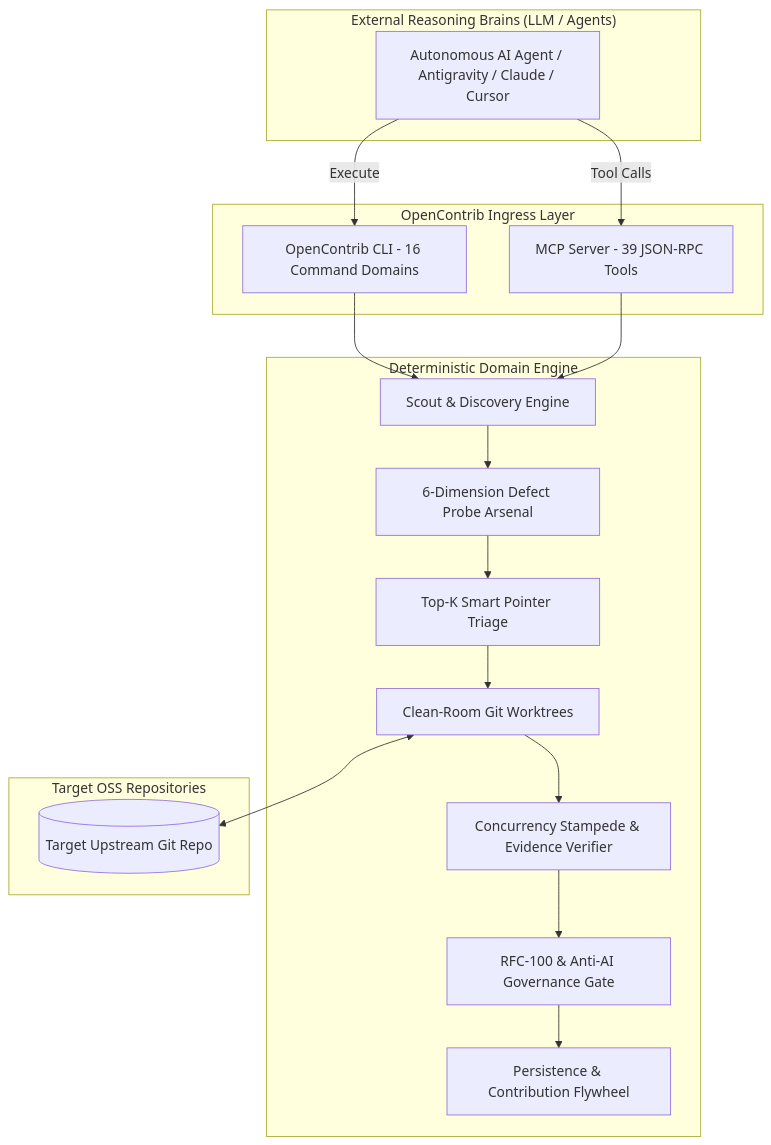
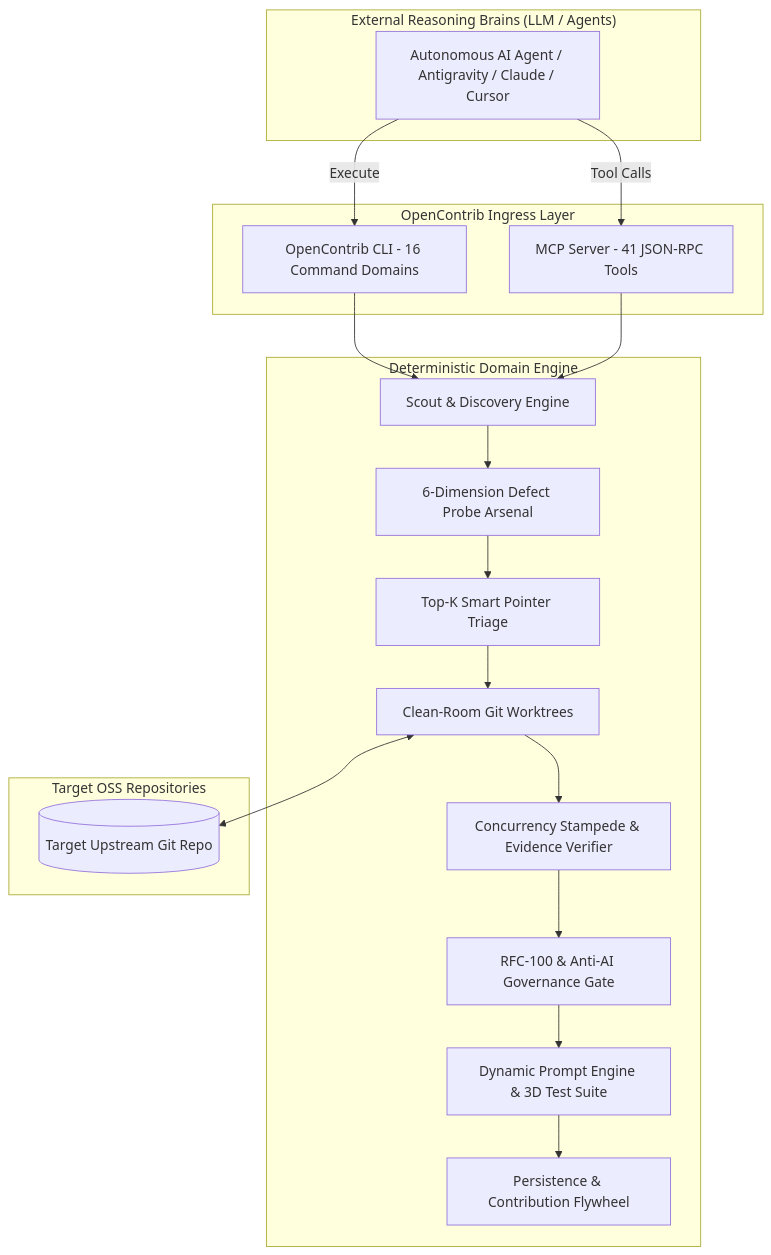
The diagram in ARCHITECTURE.md (MeiSiristhebest/opencontrib), drawn with Mermaid before and after one commit. The commit also changed other lines of this file and 73 other files, not shown here.

First line of the commit message:
feat(governance): enforce 4 quality pillars and dynamic prompt engine (#35)

````diff
--- a/ARCHITECTURE.md
+++ b/ARCHITECTURE.md
@@ -9,37 +9,39 @@
 ```mermaid
 graph TD
     subgraph "External Reasoning Brains (LLM / Agents)"
         Agent[Autonomous AI Agent / Antigravity / Claude / Cursor]
     end
 
     subgraph "OpenContrib Ingress Layer"
         CLI[OpenContrib CLI - 16 Command Domains]
-        MCP[MCP Server - 39 JSON-RPC Tools]
+        MCP[MCP Server - 41 JSON-RPC Tools]
     end
 
     subgraph "Deterministic Domain Engine"
         Discovery[Scout & Discovery Engine]
         Probe[6-Dimension Defect Probe Arsenal]
         Pointer[Top-K Smart Pointer Triage]
         Sandbox[Clean-Room Git Worktrees]
         Evidence[Concurrency Stampede & Evidence Verifier]
         Gov[RFC-100 & Anti-AI Governance Gate]
+        PromptEng[Dynamic Prompt Engine & 3D Test Suite]
         Flywheel[Persistence & Contribution Flywheel]
     end
 
     subgraph "Target OSS Repositories"
         Repo[(Target Upstream Git Repo)]
     end
 
     Agent -->|Execute| CLI
     Agent -->|Tool Calls| MCP
     CLI --> Discovery
     MCP --> Discovery
     Discovery --> Probe
     Probe --> Pointer
     Pointer --> Sandbox
     Sandbox --> Evidence
     Evidence --> Gov
-    Gov --> Flywheel
+    Gov --> PromptEng
+    PromptEng --> Flywheel
     Sandbox <--> Repo
 ```
````
